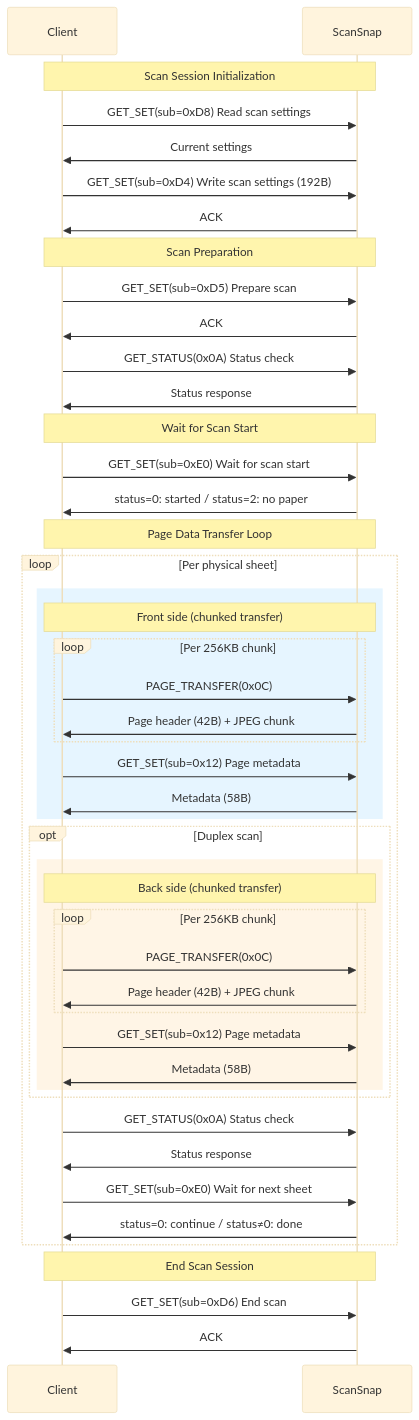
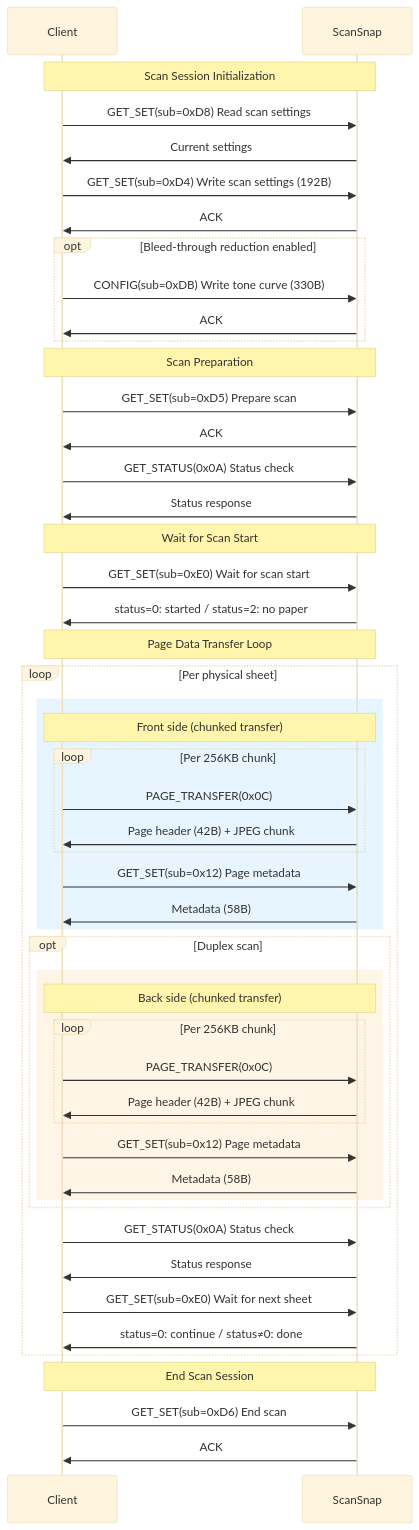
Before and after one commit to mzyy94/AirScap: the fourth of 5 diagrams in protocol.en.md, drawn with Mermaid (base theme). The commit also changed other lines of this file and 6 other files, not shown here.

Commit message:
Fix bleed-through reduction scan protocol sequence

````diff
--- a/protocol.en.md
+++ b/protocol.en.md
@@ -712,53 +774,57 @@
 ```mermaid
 sequenceDiagram
     participant C as Client
     participant S as ScanSnap
 
     Note over C,S: Scan Session Initialization
     C->>S: GET_SET(sub=0xD8) Read scan settings
     S->>C: Current settings
     C->>S: GET_SET(sub=0xD4) Write scan settings (192B)
     S->>C: ACK
+    opt Bleed-through reduction enabled
+        C->>S: CONFIG(sub=0xDB) Write tone curve (330B)
+        S->>C: ACK
+    end
 
     Note over C,S: Scan Preparation
     C->>S: GET_SET(sub=0xD5) Prepare scan
     S->>C: ACK
     C->>S: GET_STATUS(0x0A) Status check
     S->>C: Status response
 
     Note over C,S: Wait for Scan Start
     C->>S: GET_SET(sub=0xE0) Wait for scan start
     S->>C: status=0: started / status=2: no paper
 
     Note over C,S: Page Data Transfer Loop
     loop Per physical sheet
         rect rgb(230, 245, 255)
             Note over C,S: Front side (chunked transfer)
             loop Per 256KB chunk
                 C->>S: PAGE_TRANSFER(0x0C)
                 S->>C: Page header (42B) + JPEG chunk
             end
             C->>S: GET_SET(sub=0x12) Page metadata
             S->>C: Metadata (58B)
         end
         opt Duplex scan
             rect rgb(255, 245, 230)
                 Note over C,S: Back side (chunked transfer)
                 loop Per 256KB chunk
                     C->>S: PAGE_TRANSFER(0x0C)
                     S->>C: Page header (42B) + JPEG chunk
                 end
                 C->>S: GET_SET(sub=0x12) Page metadata
                 S->>C: Metadata (58B)
             end
         end
         C->>S: GET_STATUS(0x0A) Status check
         S->>C: Status response
         C->>S: GET_SET(sub=0xE0) Wait for next sheet
         S->>C: status=0: continue / status≠0: done
     end
 
     Note over C,S: End Scan Session
     C->>S: GET_SET(sub=0xD6) End scan
     S->>C: ACK
 ```
````
